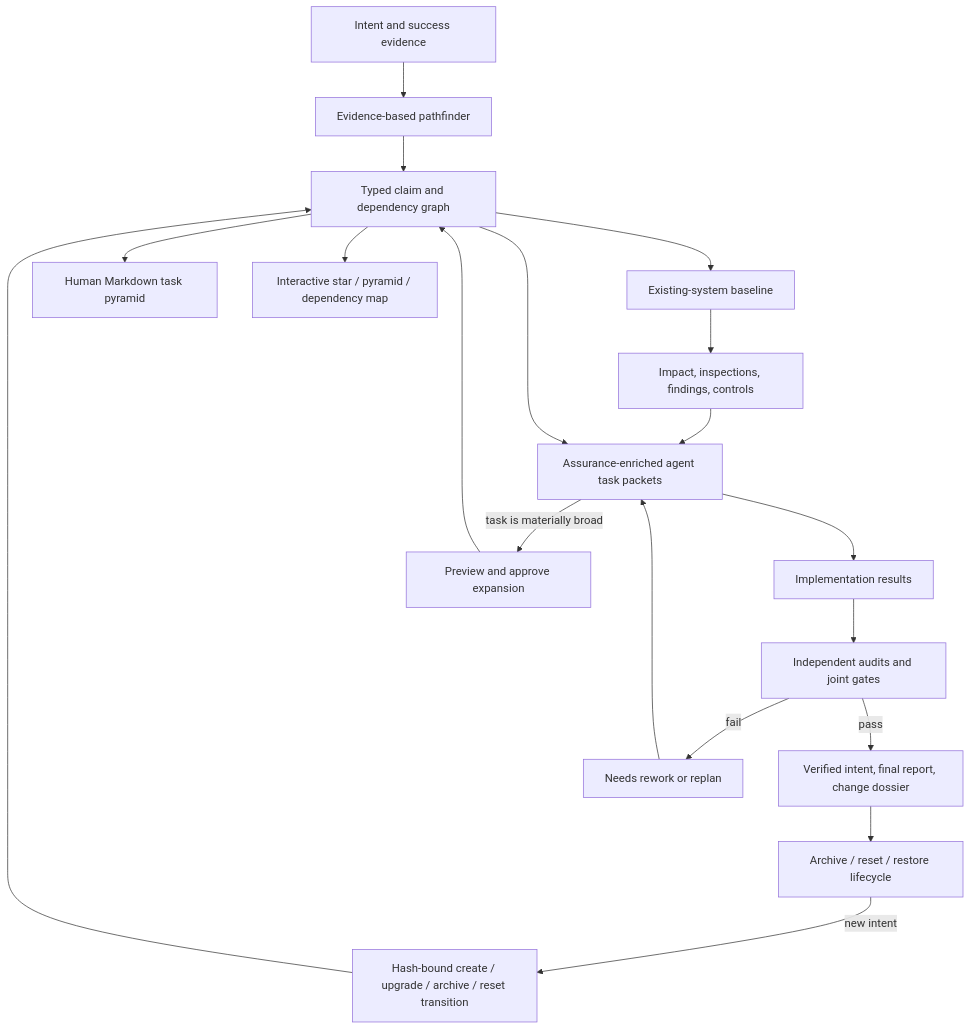
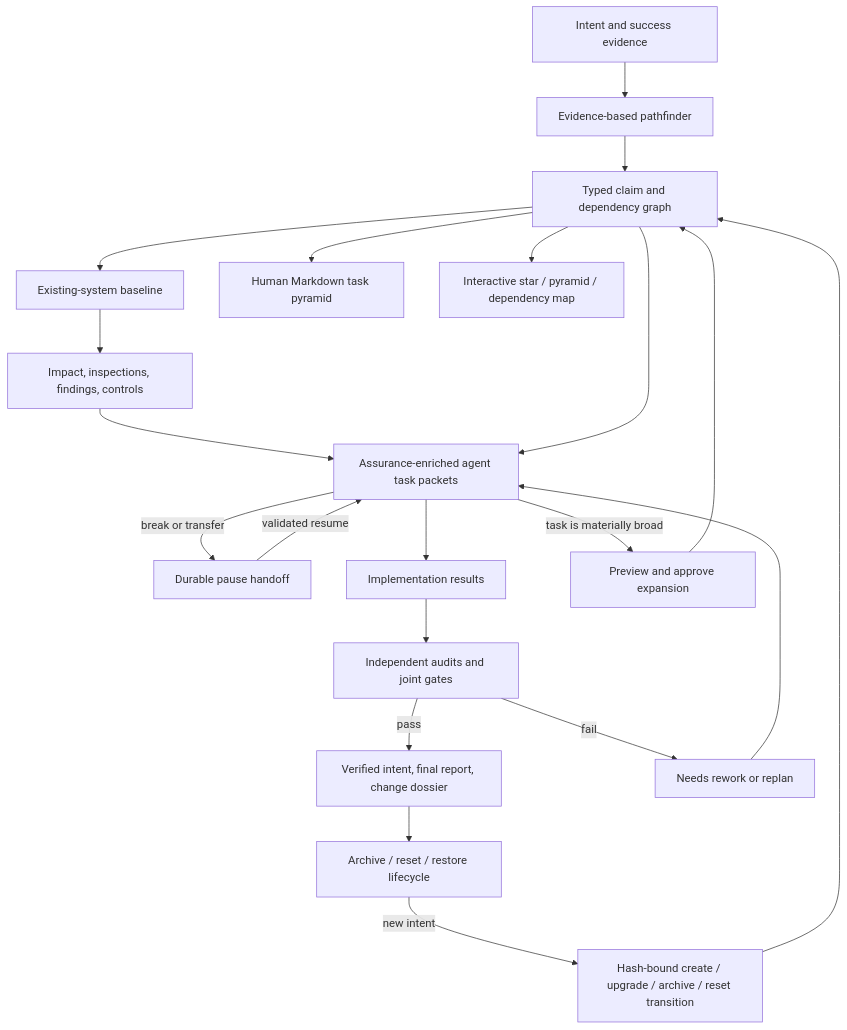
One commit to KMerdan/pyramid-task changed the diagram in README.md. Above: the diagram before and after it, drawn with Mermaid. The commit also changed other lines of this file and 25 other files, not shown here.

Commit message:
Add durable task pause and resume handoffs

````diff
--- a/README.md
+++ b/README.md
@@ -53,21 +56,23 @@
 ```mermaid
 flowchart TD
     I["Intent and success evidence"] --> P["Evidence-based pathfinder"]
     P --> G["Typed claim and dependency graph"]
     G --> B["Existing-system baseline"]
     B --> X["Impact, inspections, findings, controls"]
     X --> T["Assurance-enriched agent task packets"]
     G --> T
+    T -->|break or transfer| S["Durable pause handoff"]
+    S -->|validated resume| T
     G --> H["Human Markdown task pyramid"]
     G --> V["Interactive star / pyramid / dependency map"]
     T --> E["Implementation results"]
     E --> A["Independent audits and joint gates"]
     A -->|pass| C["Verified intent, final report, change dossier"]
     A -->|fail| R["Needs rework or replan"]
     R --> T
     T -->|task is materially broad| Q["Preview and approve expansion"]
     Q --> G
     C --> L["Archive / reset / restore lifecycle"]
     L -->|new intent| N["Hash-bound create / upgrade / archive / reset transition"]
     N --> G
 ```
````
